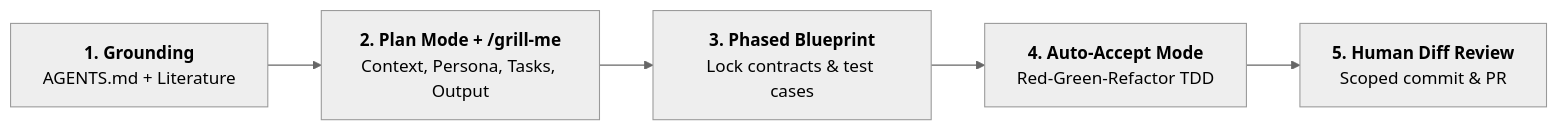
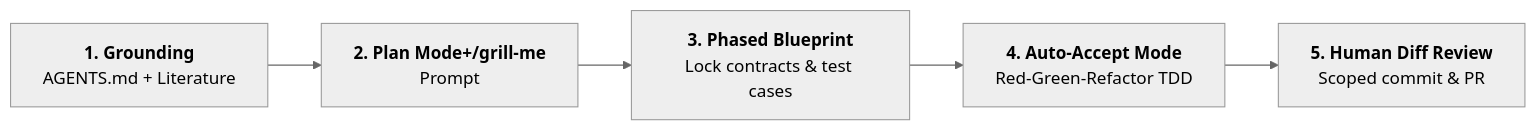
Before and after one commit to lopes/lopes.id: the diagram in log/graft-2-ai-workflow/index.qmd, drawn with Mermaid (neutral theme). The commit also changed other lines of this file, not shown here.

````diff
--- a/log/graft-2-ai-workflow/index.qmd
+++ b/log/graft-2-ai-workflow/index.qmd
@@ -33,7 +33,7 @@
 ```{mermaid}
 flowchart LR
-    A["<b>1. Grounding</b><br/>AGENTS.md + Literature"] --> B["<b>2. Plan Mode + /grill-me</b><br/>Context, Persona, Tasks, Output"]
+    A["<b>1. Grounding</b><br/>AGENTS.md + Literature"] --> B["<b>2. Plan Mode+/grill-me</b><br/>Prompt"]
     B --> C["<b>3. Phased Blueprint</b><br/>Lock contracts & test cases"]
     C --> D["<b>4. Auto-Accept Mode</b><br/>Red-Green-Refactor TDD"]
     D --> E["<b>5. Human Diff Review</b><br/>Scoped commit & PR"]
 ```
````
